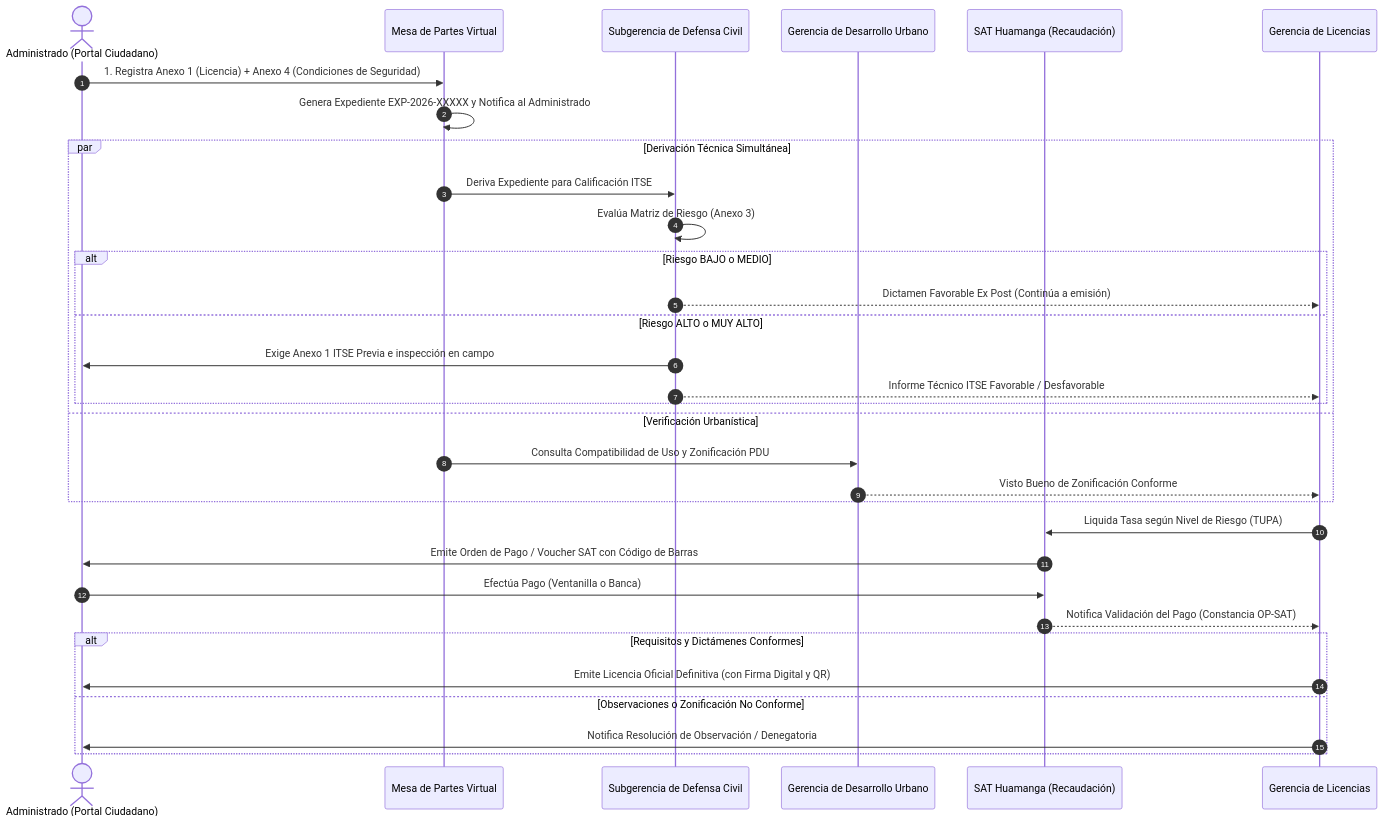
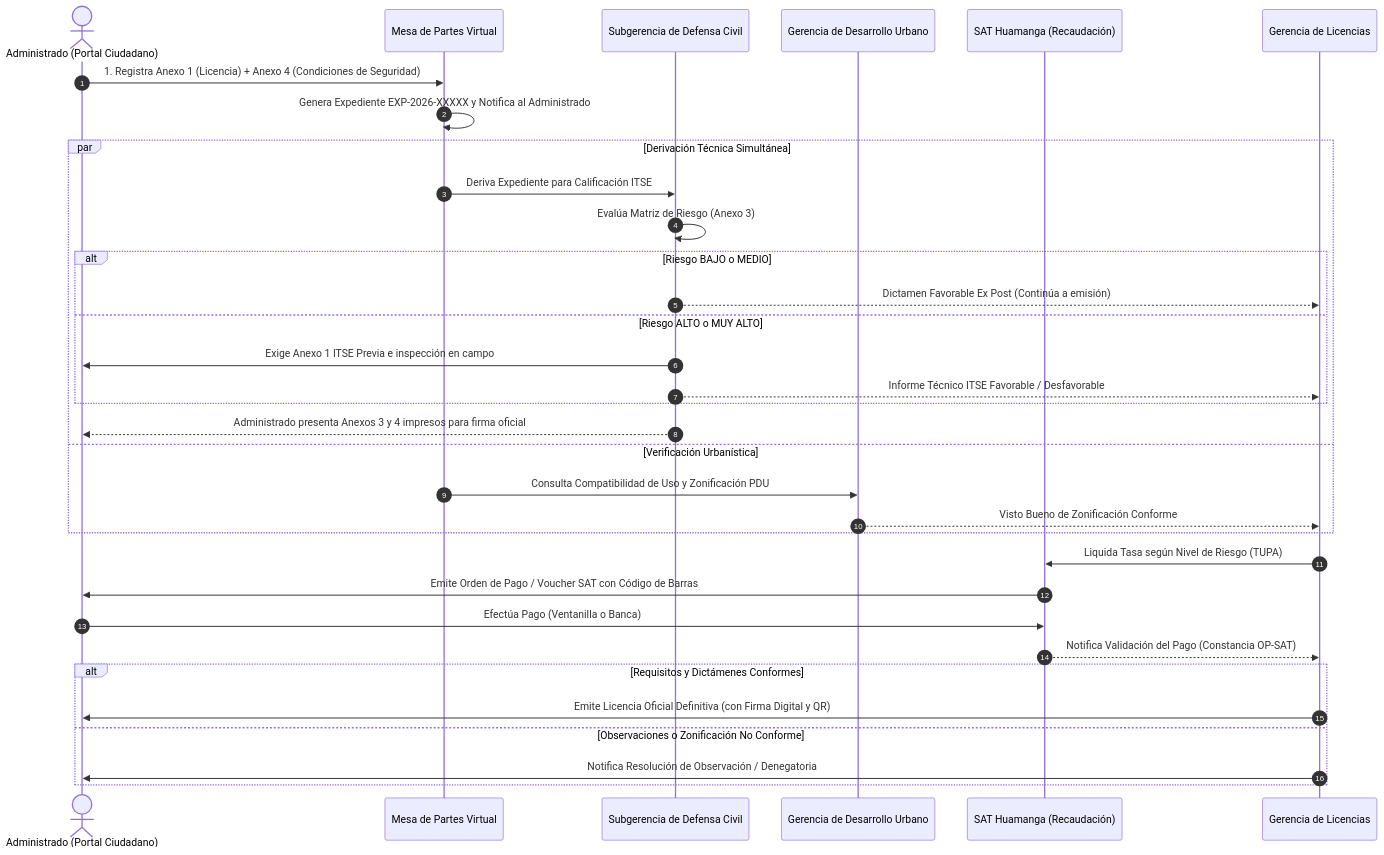
One commit to Issirc20/MuniHuamanga changed the diagram in README.md. Above: the diagram before and after it, drawn with Mermaid. The commit also changed other lines of this file and 5 other files, not shown here.

````diff
--- a/README.md
+++ b/README.md
@@ -374,38 +361,39 @@
 ```mermaid
 sequenceDiagram
     autonumber
     actor Adm as Administrado (Portal Ciudadano)
     participant MP as Mesa de Partes Virtual
     participant DC as Subgerencia de Defensa Civil
     participant DU as Gerencia de Desarrollo Urbano
     participant SAT as SAT Huamanga (Recaudación)
     participant GL as Gerencia de Licencias
 
     Adm->>MP: 1. Registra Anexo 1 (Licencia) + Anexo 4 (Condiciones de Seguridad)
     MP->>MP: Genera Expediente EXP-2026-XXXXX y Notifica al Administrado
     
     par Derivación Técnica Simultánea
         MP->>DC: Deriva Expediente para Calificación ITSE
         DC->>DC: Evalúa Matriz de Riesgo (Anexo 3)
         alt Riesgo BAJO o MEDIO
             DC-->>GL: Dictamen Favorable Ex Post (Continúa a emisión)
         else Riesgo ALTO o MUY ALTO
             DC->>Adm: Exige Anexo 1 ITSE Previa e inspección en campo
             DC-->>GL: Informe Técnico ITSE Favorable / Desfavorable
         end
+        DC-->>Adm: Administrado presenta Anexos 3 y 4 impresos para firma oficial
     and Verificación Urbanística
         MP->>DU: Consulta Compatibilidad de Uso y Zonificación PDU
         DU-->>GL: Visto Bueno de Zonificación Conforme
     end
 
     GL->>SAT: Liquida Tasa según Nivel de Riesgo (TUPA)
     SAT->>Adm: Emite Orden de Pago / Voucher SAT con Código de Barras
     Adm->>SAT: Efectúa Pago (Ventanilla o Banca)
     SAT-->>GL: Notifica Validación del Pago (Constancia OP-SAT)
 
     alt Requisitos y Dictámenes Conformes
         GL->>Adm: Emite Licencia Oficial Definitiva (con Firma Digital y QR)
     else Observaciones o Zonificación No Conforme
         GL->>Adm: Notifica Resolución de Observación / Denegatoria
     end
 ```
````
